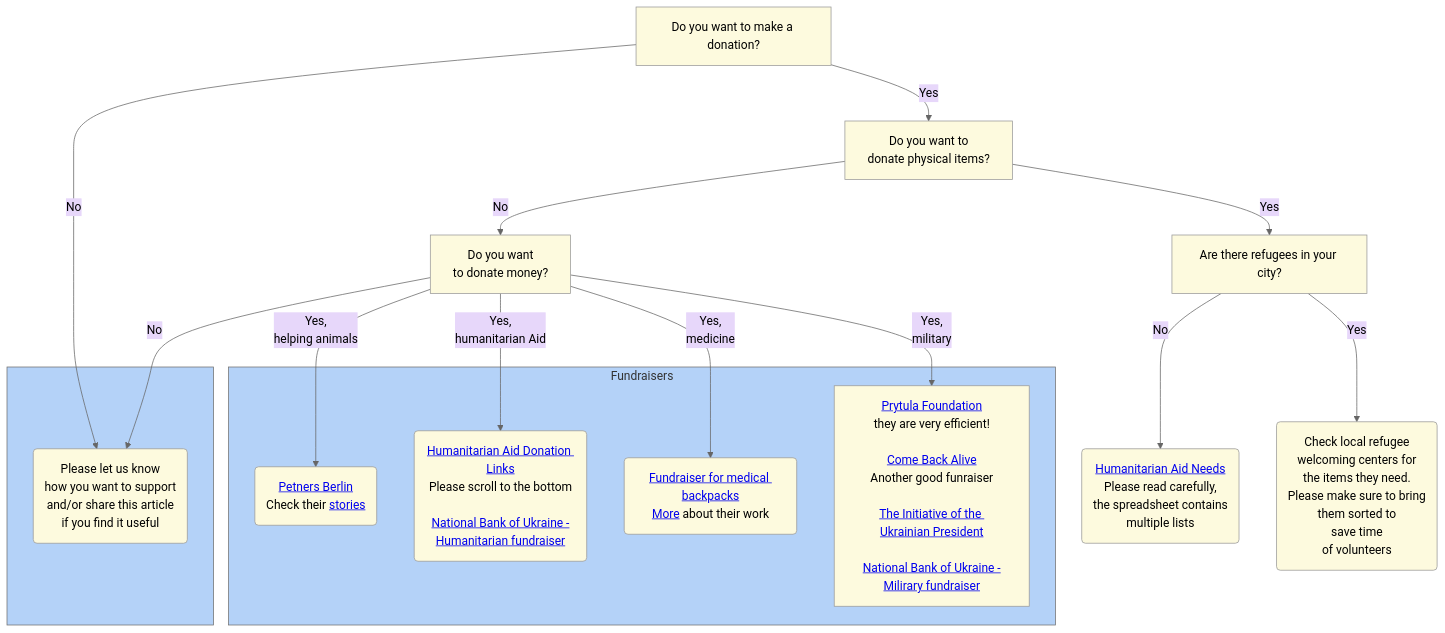
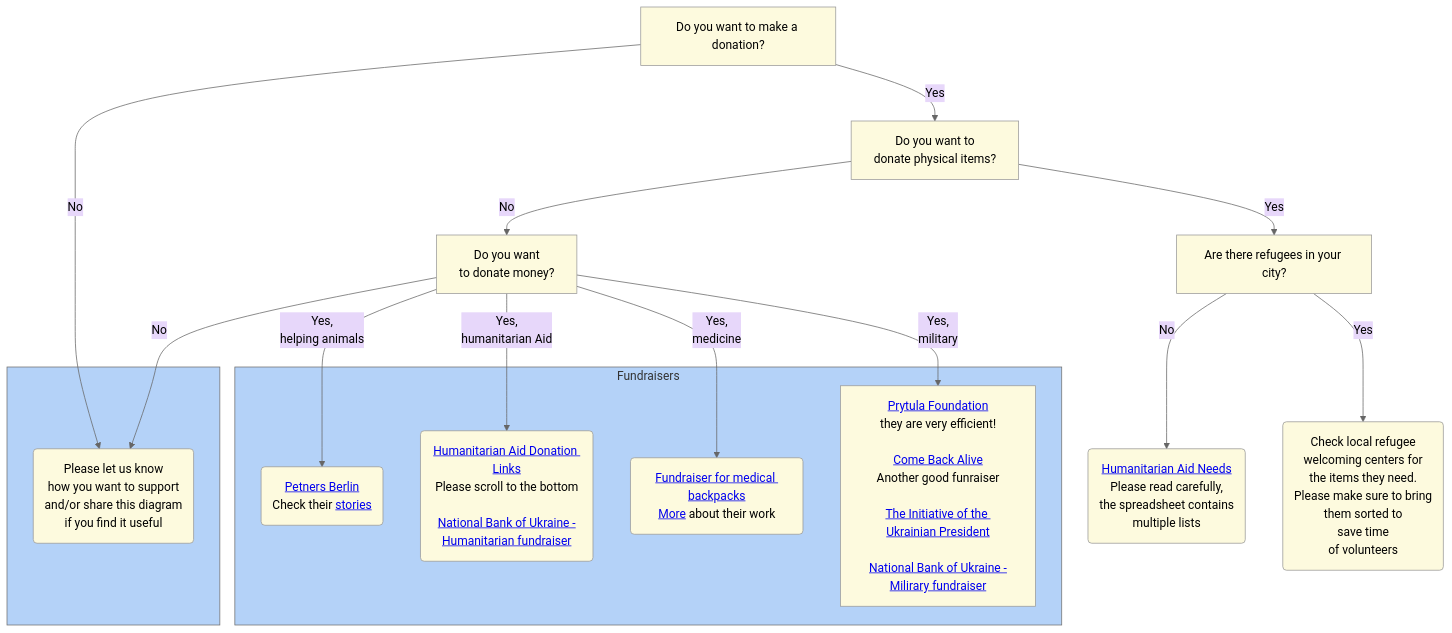
Before and after one commit to o-levchenko/publications: the second of 2 diagrams in HelpUkraineDiagram.md, drawn with Mermaid.

````diff
--- a/HelpUkraineDiagram.md
+++ b/HelpUkraineDiagram.md
@@ -50,43 +50,43 @@
 ```mermaid
 %%{init: {'theme':'neutral', 'themeVariables': { 
 'clusterBkg': '#b4d2f8', 
 'mainBkg': '#fdfade',
 'edgeLabelBackground':'#e7d7fa',
 'fontFamily': 'sans-serif'
 }}}%%
 flowchart TD;
     B[Do you want to make a donation?]
-    E(Please let us know<br/>how you want to support<br/>and/or share this article<br/>if you find it useful)
+    E(Please let us know<br/>how you want to support<br/>and/or share this diagram<br/>if you find it useful)
     C[Do you want to<br/>donate physical items?]
     D[Do you want<br/>to donate money?]
     F(<a href='https://linktr.ee/petners.berlin'>Petners Berlin<a/><br/>Check their <a href='https://www.instagram.com/petners.berlin/'>stories</a>)
     G(<a href='https://aid.prytulafoundation.org/en/'>Humanitarian Aid Donation Links</a><br/>Please scroll to the bottom<br/><br/><a href='https://bank.gov.ua/en/about/humanitarian-aid-to-ukraine'>National Bank of Ukraine -<br/>Humanitarian fundraiser</a>)
     H(<a href='https://www.betterplace.org/en/projects/107938'>Fundraiser for medical backpacks</a><br/><a href='https://www.instagram.com/plast_berlin_helps/?hl=en'>More</a> about their work)
     I[<a href='https://prytulafoundation.org/en/home/support_page'>Prytula Foundation</a><br/>they are very efficient!<br/><br/><a href='https://www.comebackalive.in.ua/donate'>Come Back Alive</a><br/>Another good funraiser<br/><br/><a href='https://u24.gov.ua/'>The Initiative of the Ukrainian President</a><br/><br/><a href='https://bank.gov.ua/en/about/support-the-armed-forces'>National Bank of Ukraine -<br/>Milirary fundraiser</a>]
     J[Are there refugees in your city?]
     K(<a href='https://aid.prytulafoundation.org/en/'>Humanitarian Aid Needs</a><br/>Please read carefully,<br/>the spreadsheet contains<br/>multiple lists)
     L(Check local refugee<br/>welcoming centers for<br/>the items they need.<br/>Please make sure to bring<br/>them sorted to<br/>save time<br/>of volunteers)
 
     B -->|No| E
     B -->|Yes| C
     C -->|No| D
     D -->|No| E
     D -->|Yes,<br/>helping animals| F
     D -->|Yes,<br/>humanitarian Aid| G
     D -->|Yes,<br/>medicine| H
     D -->|Yes,<br/>military| I
     C -->|Yes| J
     J -->|No| K
     J -->|Yes| L
     
     subgraph Fundraisers
         F
         G
         H
         I
     end
     
     subgraph  
         E
     end
 ```
````
